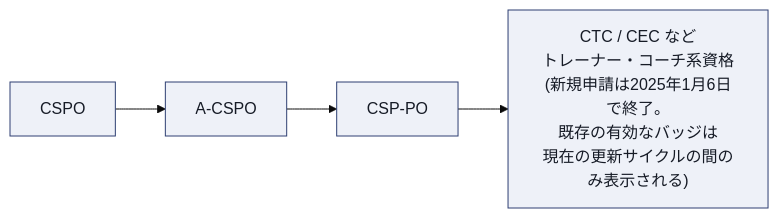
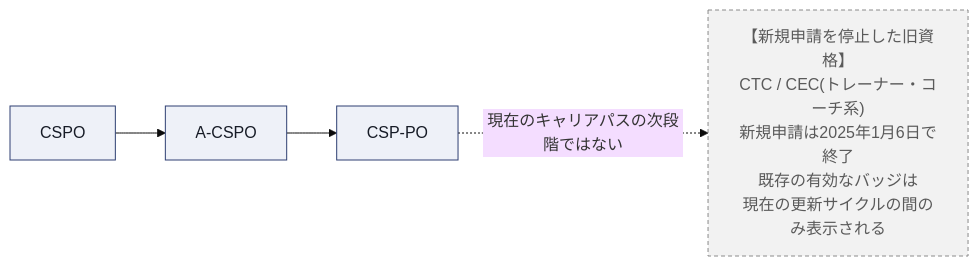
One commit to myoshi2891/Management-Team-Building-Studies changed diagram 16 of 17 in A-cspo-advanced-certified-scrum-product-owner-study-guide.md. Above: the diagram before and after it, drawn with Mermaid (base theme). The commit also changed other lines of this file, not shown here.

First line of the commit message:
docs(a-cspo): CSP-PO要件フロー・キャリアパス図の更新とCTC/CECリンク追加

````diff
--- a/A-cspo-advanced-certified-scrum-product-owner-study-guide.md
+++ b/A-cspo-advanced-certified-scrum-product-owner-study-guide.md
@@ -850,9 +852,11 @@
 ```mermaid
 flowchart LR
     CSPO["CSPO"] --> ACSPO["A-CSPO"]
     ACSPO --> CSPPO["CSP-PO"]
-    CSPPO --> CTC["CTC / CEC など<br/>トレーナー・コーチ系資格<br/>(新規申請は2025年1月6日で終了。<br/>既存の有効なバッジは<br/>現在の更新サイクルの間のみ表示される)"]
+    CSPPO -.->|"現在のキャリアパスの次段階ではない"| CTC["【新規申請を停止した旧資格】<br/>CTC / CEC(トレーナー・コーチ系)<br/>新規申請は2025年1月6日で終了<br/>既存の有効なバッジは<br/>現在の更新サイクルの間のみ表示される"]
 
     classDef box fill:#EEF1F8,stroke:#2E3F72,color:#161B26
-    class CSPO,ACSPO,CSPPO,CTC box
+    classDef retired fill:#F2F2F2,stroke:#8A8A8A,color:#5A5A5A,stroke-dasharray: 4 3
+    class CSPO,ACSPO,CSPPO box
+    class CTC retired
 ```
````
